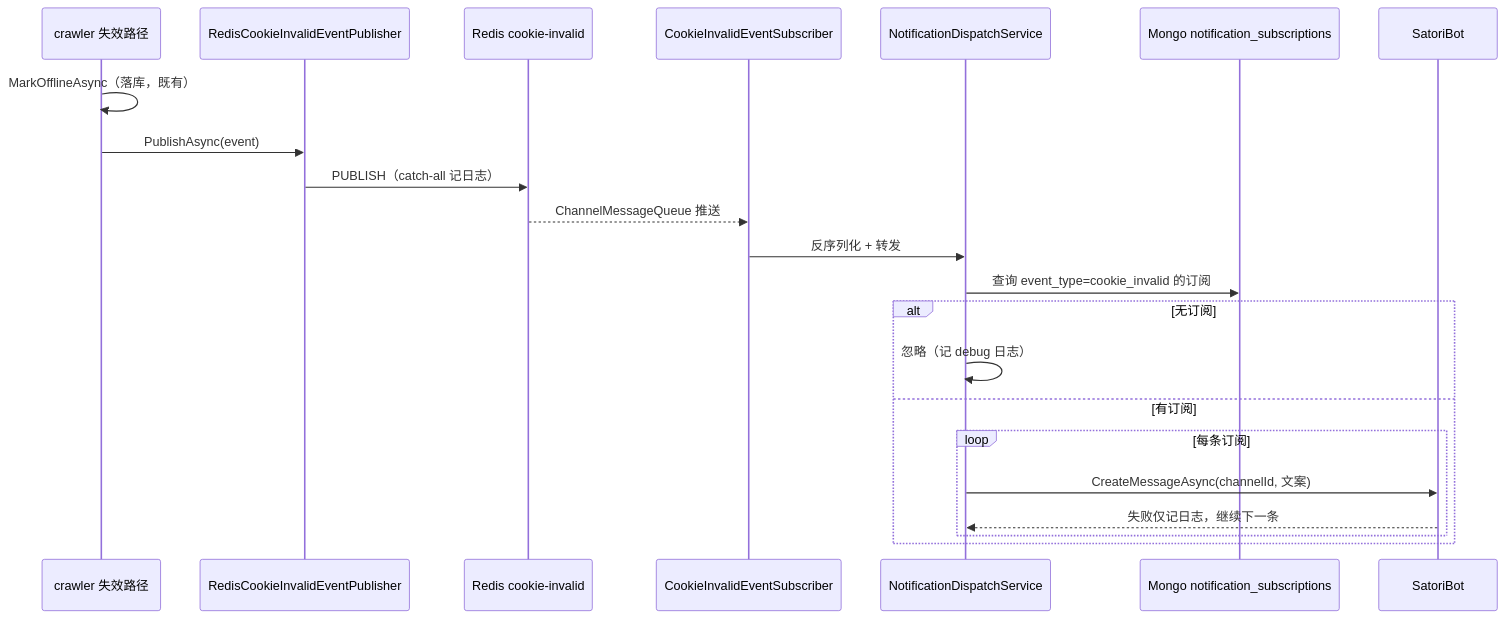
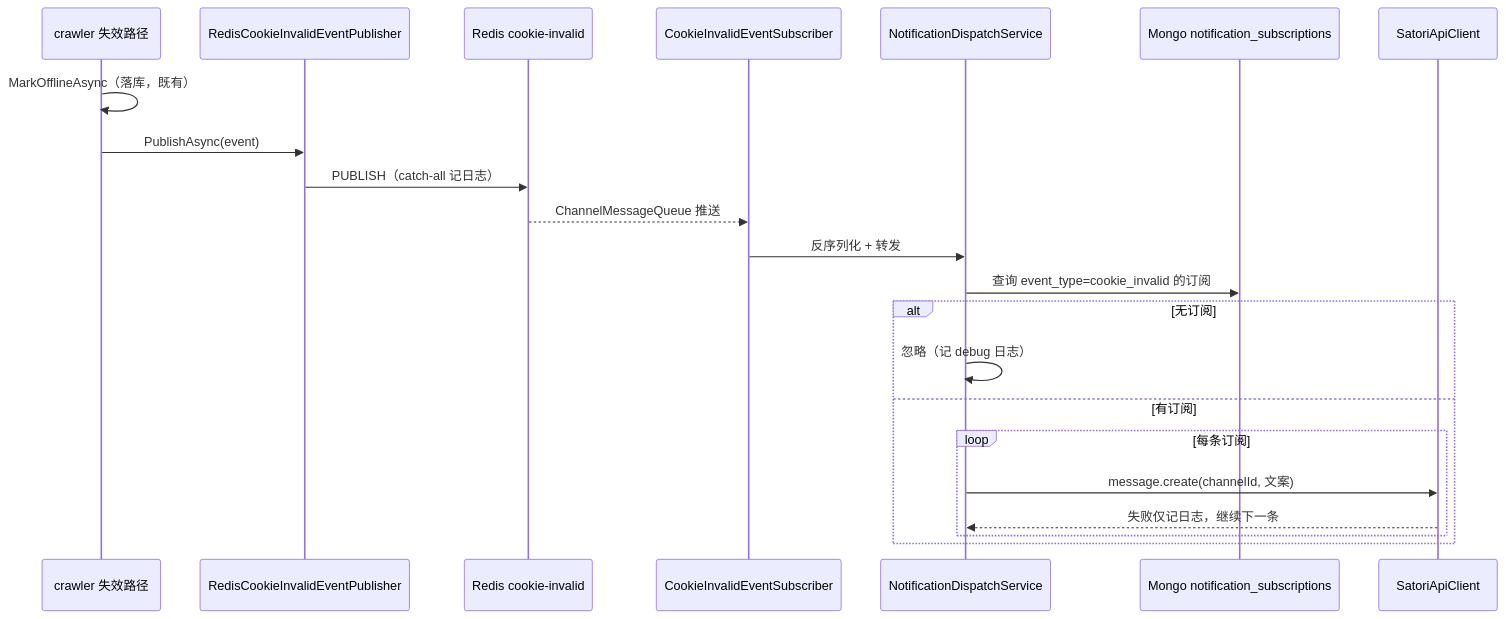
The second of 2 diagrams in docs/engineering/proposals/20260904-proposal-cookie-invalid-notification.md (Deliay/z-vtuber), drawn with Mermaid before and after one commit. The commit also changed other lines of this file and 1 other file, not shown here.

Commit message:
docs: Satori 接入改为协议 HTTP API 直连，移除 Satori.NET 依赖

````diff
--- a/docs/engineering/proposals/20260904-proposal-cookie-invalid-notification.md
+++ b/docs/engineering/proposals/20260904-proposal-cookie-invalid-notification.md
@@ -205,25 +205,25 @@
 ```mermaid
 sequenceDiagram
     participant C as crawler 失效路径
     participant P as RedisCookieInvalidEventPublisher
     participant R as Redis cookie-invalid
     participant S as CookieInvalidEventSubscriber
     participant D as NotificationDispatchService
     participant M as Mongo notification_subscriptions
-    participant B as SatoriBot
+    participant B as SatoriApiClient
 
     C->>C: MarkOfflineAsync（落库，既有）
     C->>P: PublishAsync(event)
     P->>R: PUBLISH（catch-all 记日志）
     R-->>S: ChannelMessageQueue 推送
     S->>D: 反序列化 + 转发
     D->>M: 查询 event_type=cookie_invalid 的订阅
     alt 无订阅
         D->>D: 忽略（记 debug 日志）
     else 有订阅
         loop 每条订阅
-            D->>B: CreateMessageAsync(channelId, 文案)
+            D->>B: message.create(channelId, 文案)
             B-->>D: 失败仅记日志，继续下一条
         end
     end
 ```
````
